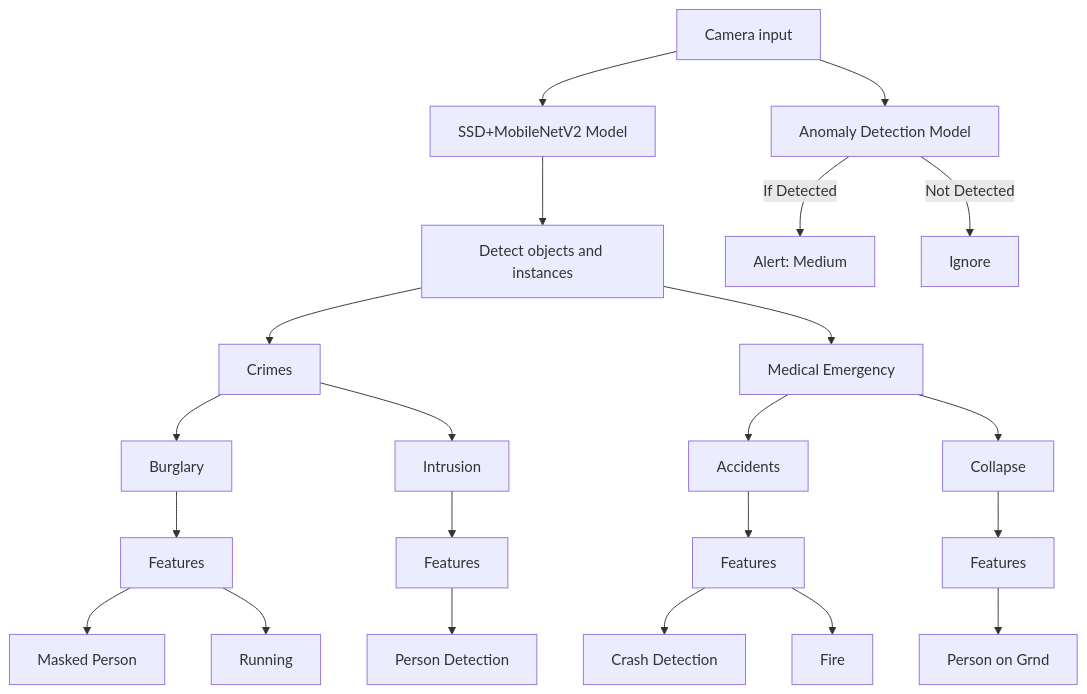
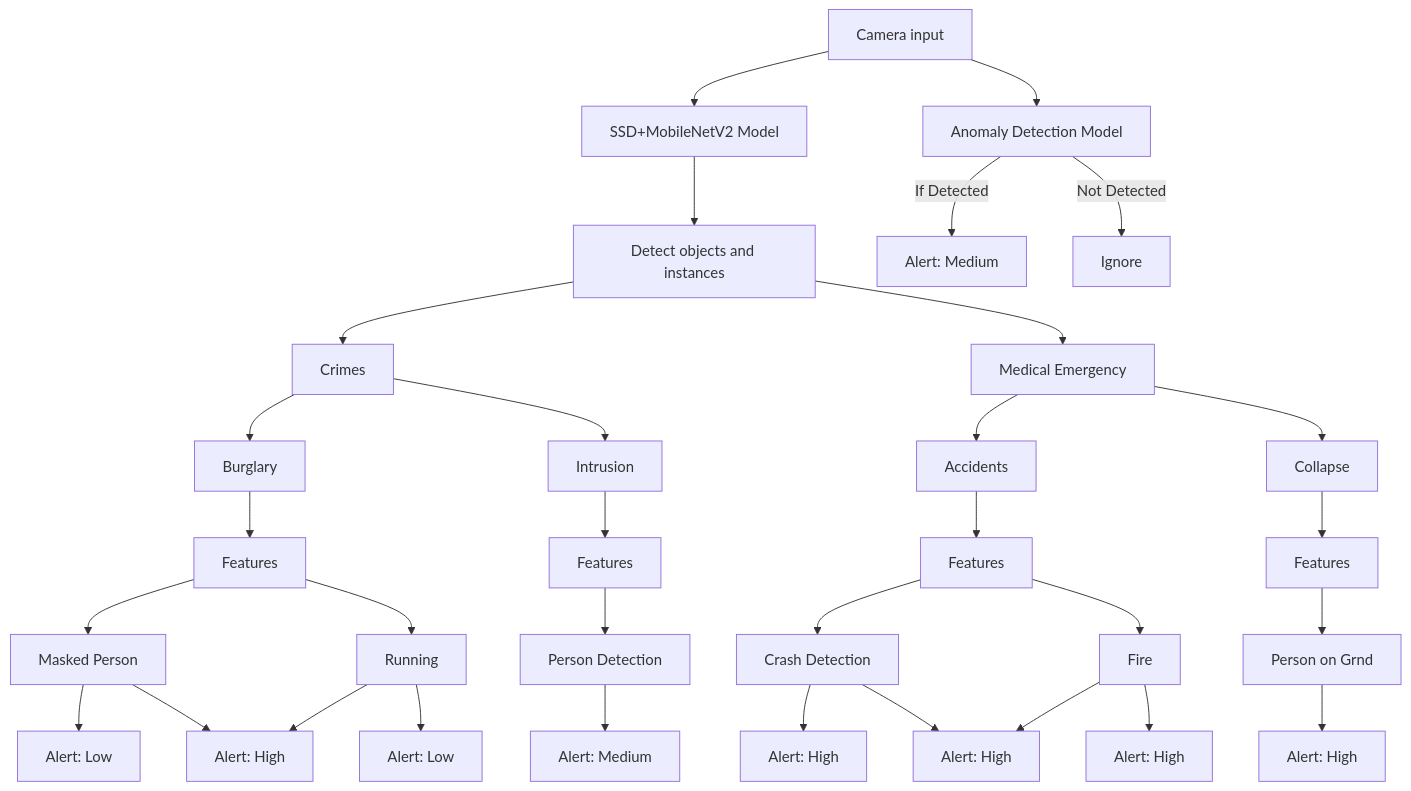
The diagram in flowchart.md (Sam-Varghese/NM_VisionaryTitans), drawn with Mermaid before and after one commit.

Commit message:
Added flowchart

````diff
--- a/flowchart.md
+++ b/flowchart.md
@@ -1,32 +1,46 @@
 ```mermaid
 graph TD;
     camInp[Camera input] --> model[SSD+MobileNetV2 Model]
     camInp --> anom_det[Anomaly Detection Model]
     model --> objects[Detect objects and instances]
 
     anom_det-->|If Detected|al_med[Alert: Medium]
     anom_det-->|Not Detected|ign[Ignore] 
     
     objects --> crimes[Crimes]
     objects --> med[Medical Emergency]
 
     crimes --> burglary[Burglary]
     crimes --> intrusion[Intrusion]
 
     burglary-->burg_ft[Features]
     burg_ft --> masked[Masked Person]
     burg_ft --> run[Running]
 
+    masked --> mask_alert[Alert: Low]
+    run --> run_alert[Alert: Low]
+
+    masked & run --> mask_run_alert[Alert: High]
+
     intrusion --> intr_ft[Features]
     intr_ft --> person_detect[Person Detection]
+
+    person_detect --> person_detect_alert[Alert: Medium]
 
     med --> accident[Accidents]
     med --> collapse[Collapse]
 
     accident --> acc_ft[Features]
     acc_ft --> crash[Crash Detection]
     acc_ft --> fire[Fire]
 
+    crash --> crash_alert[Alert: High]
+    fire --> fire_alert[Alert: High]
+
+    crash & fire --> crash_fire_alert[Alert: High]
+
     collapse --> coll_ft[Features]
     coll_ft --> pers_grnd[Person on Grnd]
+
+    pers_grnd --> pers_grnd_alert[Alert: High]
 ```
````
